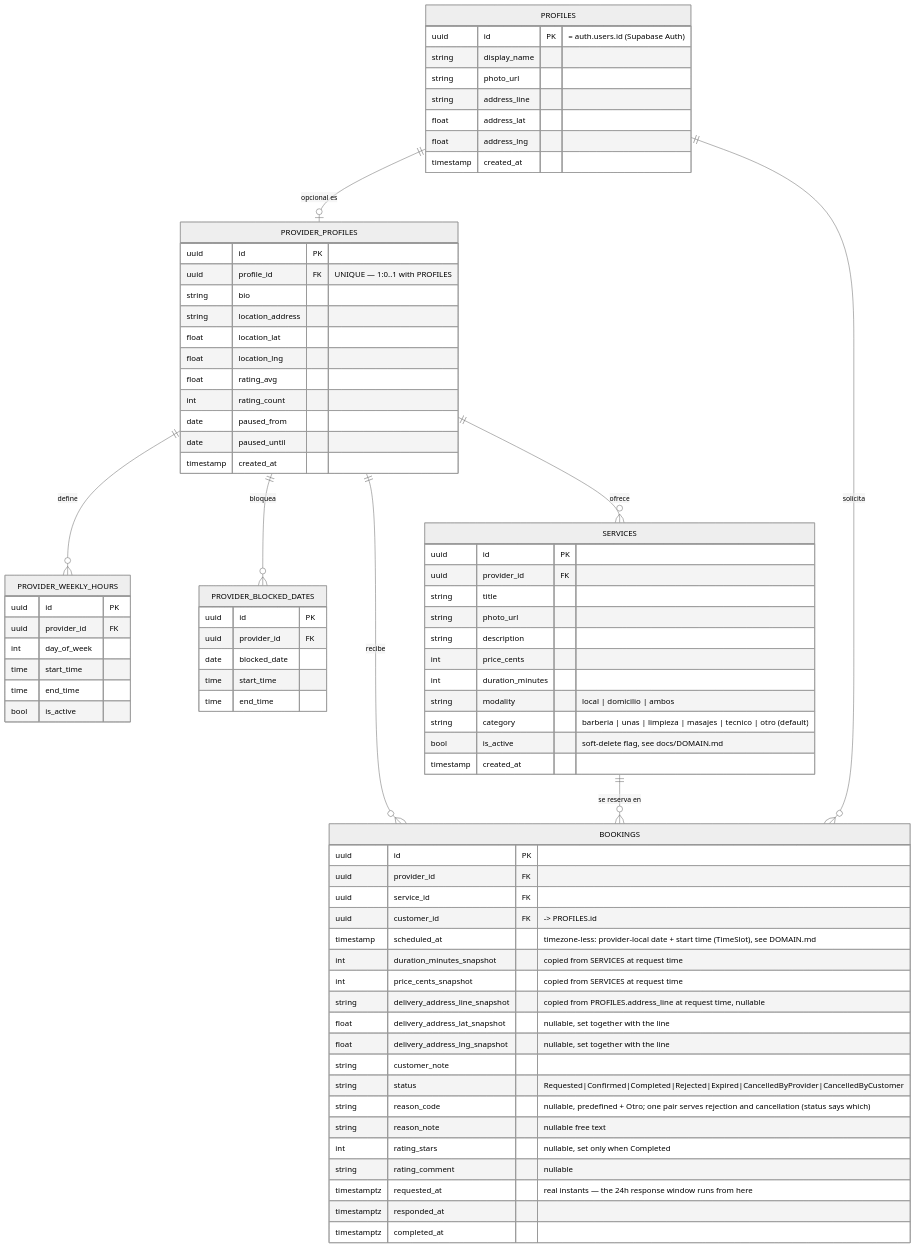
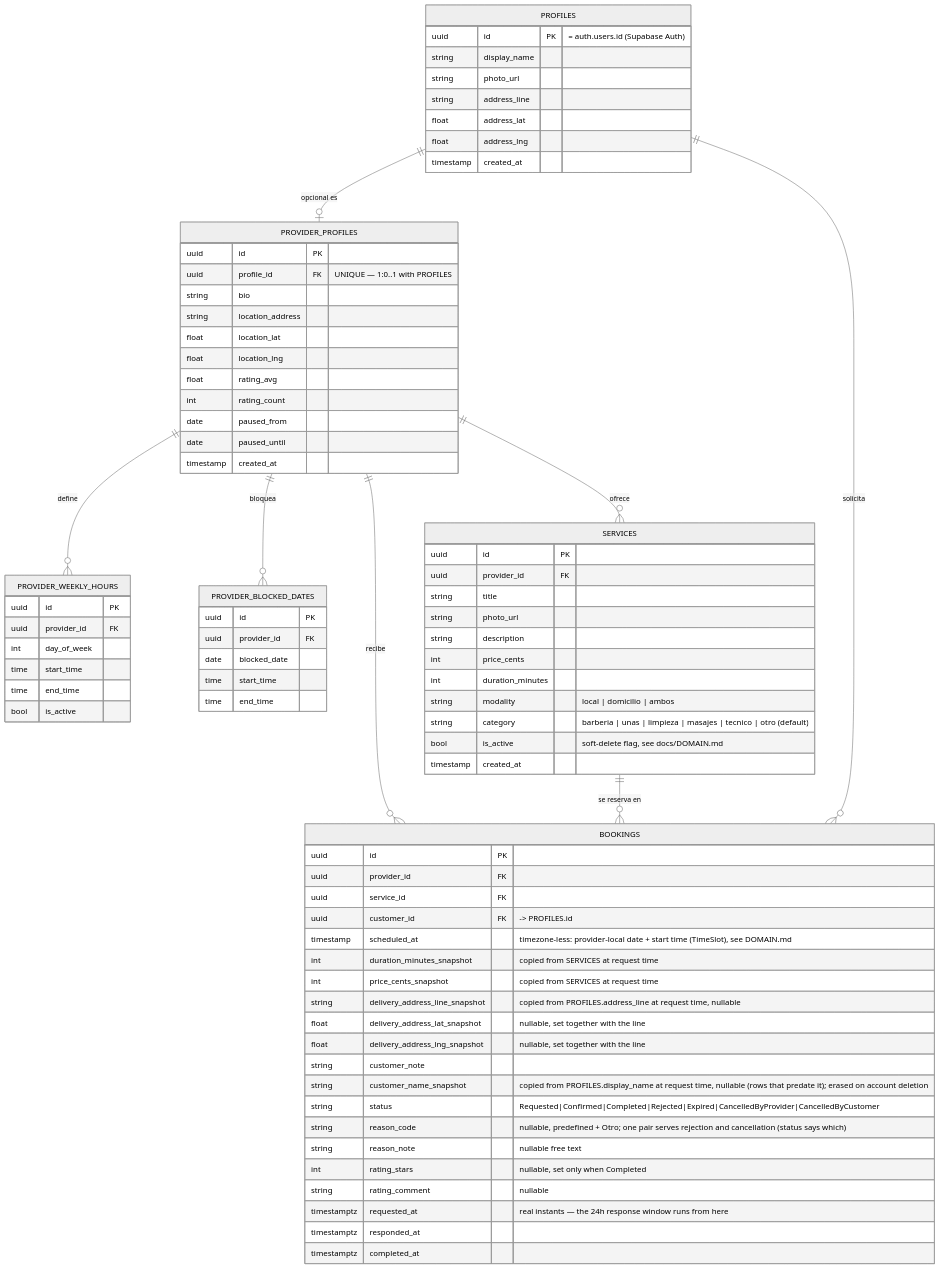
Before and after one commit to jkcb-dev/booqi: the diagram in docs/DATABASE.md, drawn with Mermaid (neutral theme). The commit also changed other lines of this file and 25 other files, not shown here.

```diff
--- a/docs/DATABASE.md
+++ b/docs/DATABASE.md
@@ -90,6 +90,7 @@
     float delivery_address_lat_snapshot "nullable, set together with the line"
     float delivery_address_lng_snapshot "nullable, set together with the line"
     string customer_note
+    string customer_name_snapshot "copied from PROFILES.display_name at request time, nullable (rows that predate it); erased on account deletion"
     string status "Requested|Confirmed|Completed|Rejected|Expired|CancelledByProvider|CancelledByCustomer"
     string reason_code "nullable, predefined + Otro; one pair serves rejection and cancellation (status says which)"
     string reason_note "nullable free text"
```
